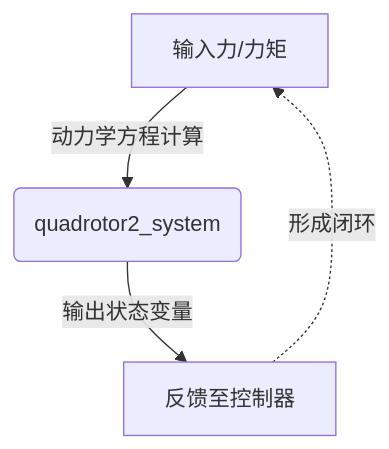
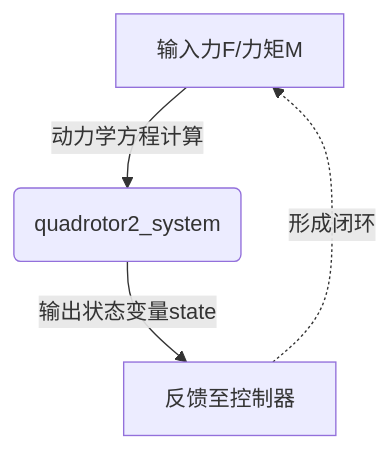
The diagram in 基于PID的四旋翼无人机轨迹跟踪控制.md (chao-8xx/stackedit-app-data), drawn with Mermaid before and after one commit. The commit also changed other lines of this file, not shown here.

````diff
--- a/基于PID的四旋翼无人机轨迹跟踪控制.md
+++ b/基于PID的四旋翼无人机轨迹跟踪控制.md
@@ -59,6 +64,6 @@
-```mermaid
+  ```mermaid
 graph TB
-    A[输入力/力矩] -->|动力学方程计算| B(quadrotor2_system)
-    B -->|输出状态变量| C[反馈至控制器]
+    A[输入力F/力矩M] -->|动力学方程计算| B(quadrotor2_system)
+    B -->|输出状态变量state| C[反馈至控制器]
     C -.->|形成闭环| A
 ```
````
